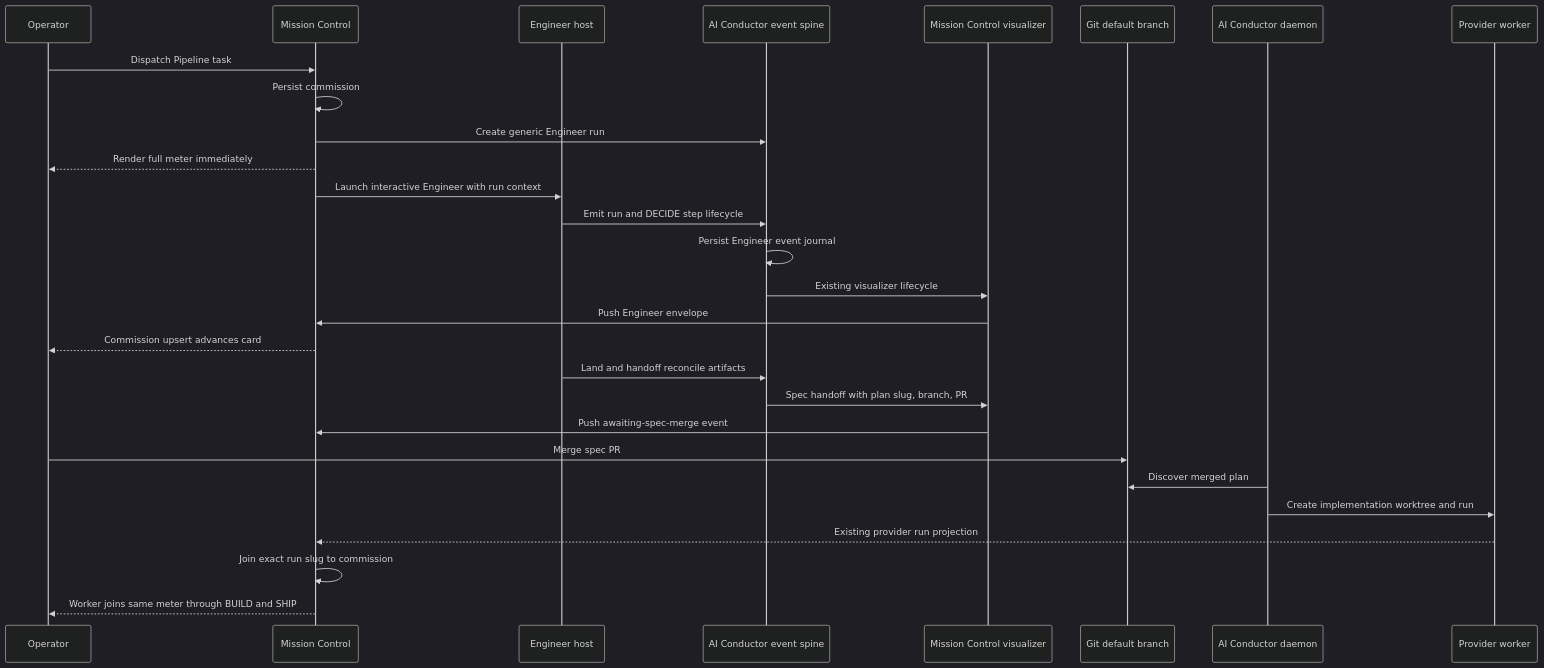
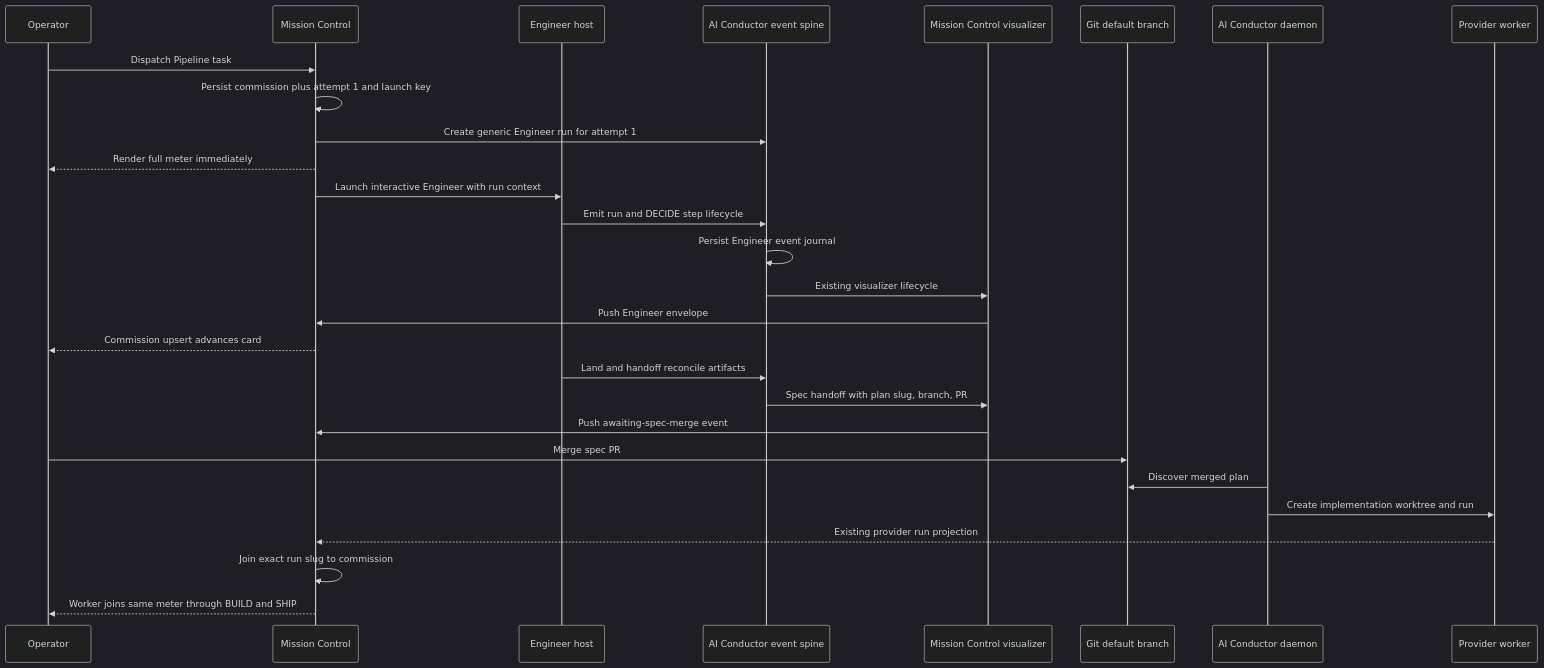
The first of 2 diagrams in docs/plans/conductor-planning-pipeline-continuity/plan.md (teamupstart/mission-control), drawn with Mermaid (dark theme) before and after one commit. The commit also changed other lines of this file and 6 other files, not shown here.

````diff
--- a/docs/plans/conductor-planning-pipeline-continuity/plan.md
+++ b/docs/plans/conductor-planning-pipeline-continuity/plan.md
@@ -217,31 +235,31 @@
 ```mermaid
 sequenceDiagram
   participant U as Operator
   participant M as Mission Control
   participant E as Engineer host
   participant C as AI Conductor event spine
   participant P as Mission Control visualizer
   participant G as Git default branch
   participant D as AI Conductor daemon
   participant W as Provider worker
 
   U->>M: Dispatch Pipeline task
-  M->>M: Persist commission
-  M->>C: Create generic Engineer run
+  M->>M: Persist commission plus attempt 1 and launch key
+  M->>C: Create generic Engineer run for attempt 1
   M-->>U: Render full meter immediately
   M->>E: Launch interactive Engineer with run context
   E->>C: Emit run and DECIDE step lifecycle
   C->>C: Persist Engineer event journal
   C->>P: Existing visualizer lifecycle
   P->>M: Push Engineer envelope
   M-->>U: Commission upsert advances card
   E->>C: Land and handoff reconcile artifacts
   C->>P: Spec handoff with plan slug, branch, PR
   P->>M: Push awaiting-spec-merge event
   U->>G: Merge spec PR
   D->>G: Discover merged plan
   D->>W: Create implementation worktree and run
   W-->>M: Existing provider run projection
   M->>M: Join exact run slug to commission
   M-->>U: Worker joins same meter through BUILD and SHIP
 ```
````
